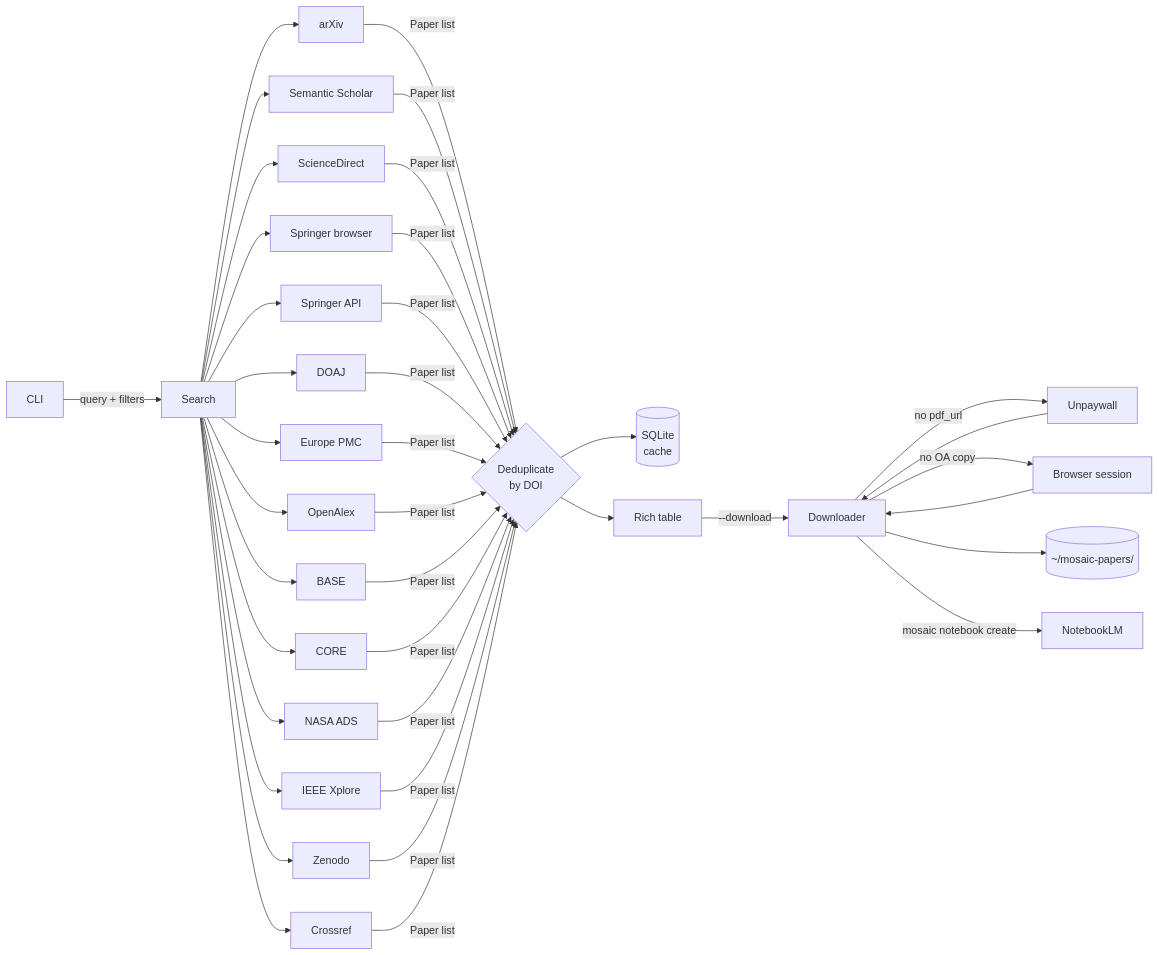
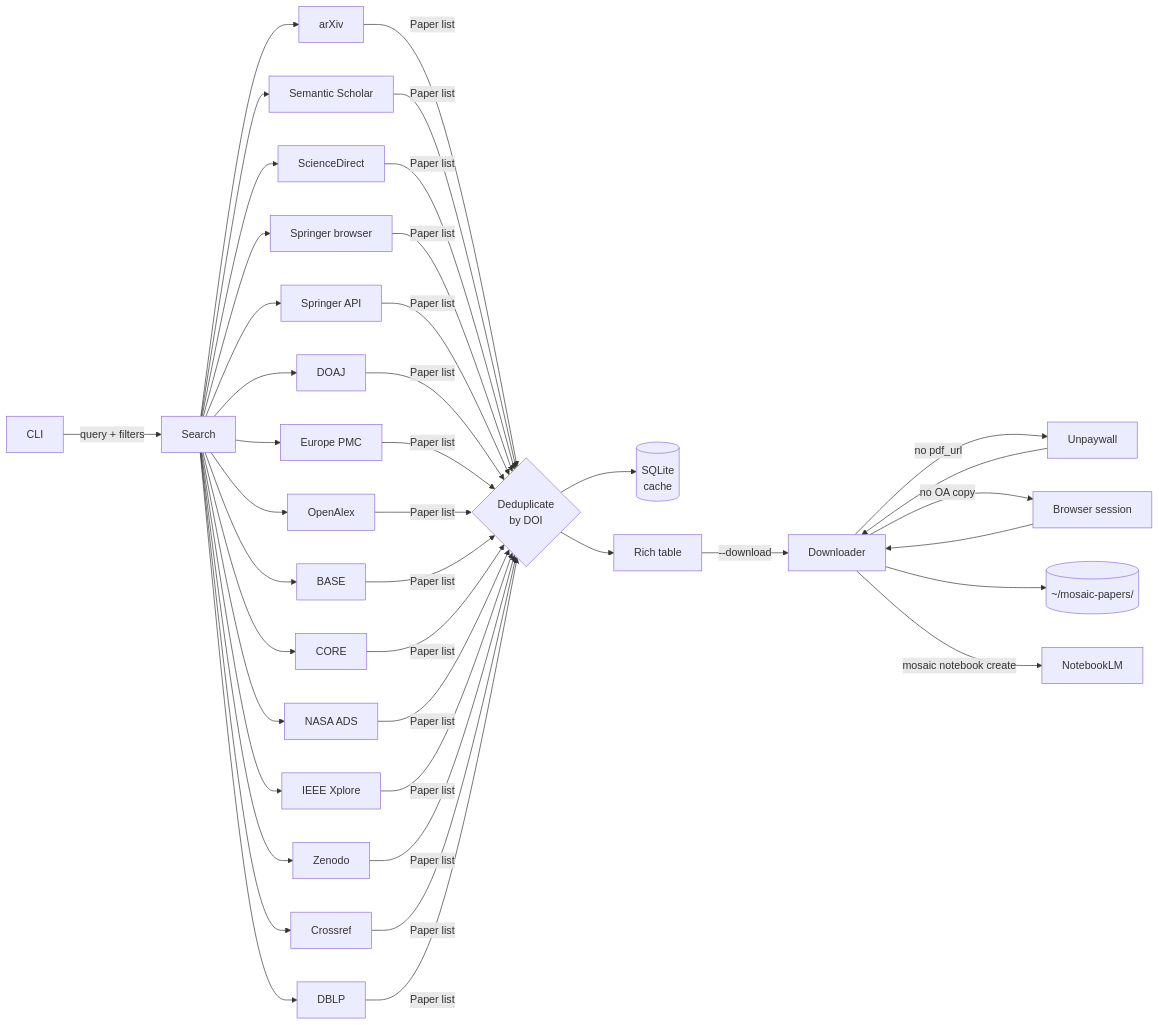
Before and after one commit to szaghi/mosaic: the diagram in README.md, drawn with Mermaid. The commit also changed other lines of this file and 12 other files, not shown here.

First line of the commit message:
feat(sources): add DBLP computer science bibliography source

````diff
--- a/README.md
+++ b/README.md
@@ -235,15 +236,15 @@
 ```mermaid
 flowchart LR
     CLI -->|query + filters| Search
-    Search --> arXiv & SS[Semantic Scholar] & SD[ScienceDirect] & SP[Springer browser] & SPN[Springer API] & DOAJ & EPMC[Europe PMC] & OA[OpenAlex] & BASE & CORE & ADS[NASA ADS] & IEEE[IEEE Xplore] & ZEN[Zenodo] & CR[Crossref]
-    arXiv & SS & SD & SP & SPN & DOAJ & EPMC & OA & BASE & CORE & ADS & IEEE & ZEN & CR -->|Paper list| Dedup{Deduplicate\nby DOI}
+    Search --> arXiv & SS[Semantic Scholar] & SD[ScienceDirect] & SP[Springer browser] & SPN[Springer API] & DOAJ & EPMC[Europe PMC] & OA[OpenAlex] & BASE & CORE & ADS[NASA ADS] & IEEE[IEEE Xplore] & ZEN[Zenodo] & CR[Crossref] & DBLP[DBLP]
+    arXiv & SS & SD & SP & SPN & DOAJ & EPMC & OA & BASE & CORE & ADS & IEEE & ZEN & CR & DBLP -->|Paper list| Dedup{Deduplicate\nby DOI}
     Dedup --> Cache[(SQLite\ncache)]
     Dedup --> Table[Rich table]
     Table -->|--download| DL[Downloader]
     DL -->|no pdf_url| UPW[Unpaywall]
     UPW --> DL
     DL -->|no OA copy| AUTH[Browser session]
     AUTH --> DL
     DL --> Disk[(~/mosaic-papers/)]
     DL -->|mosaic notebook create| NLM[NotebookLM]
 ```
````
